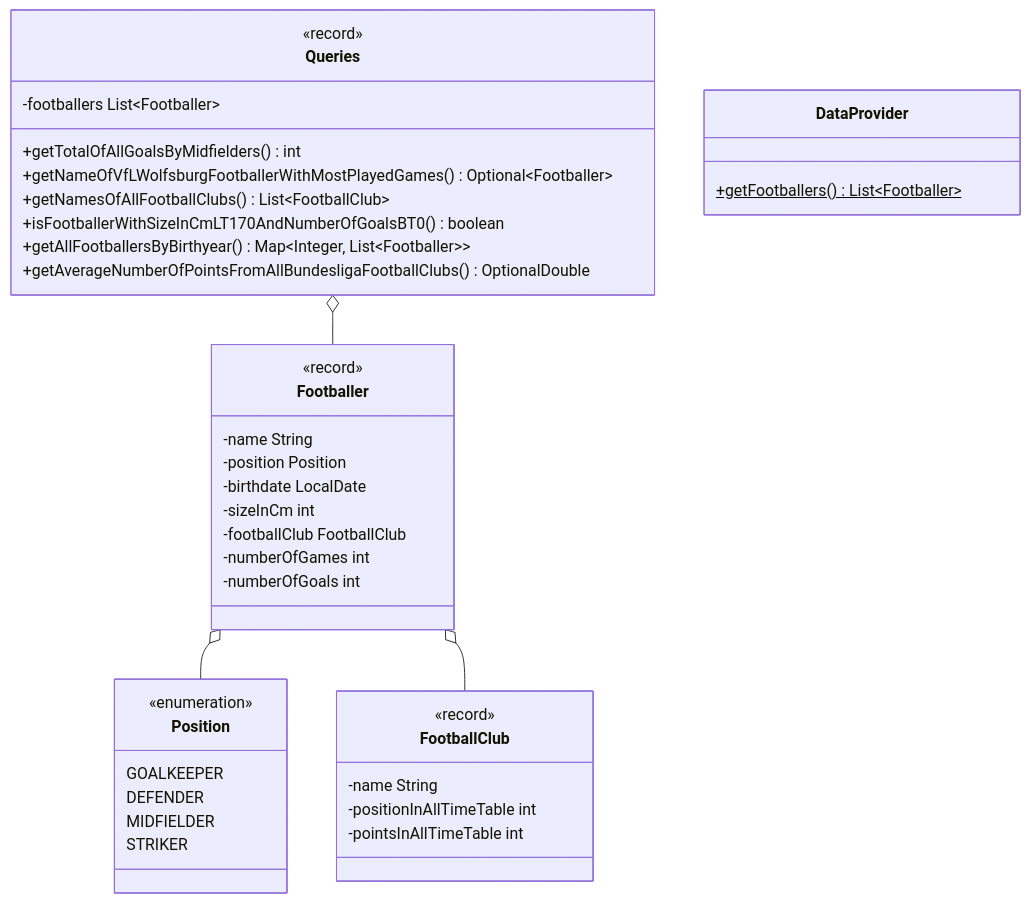
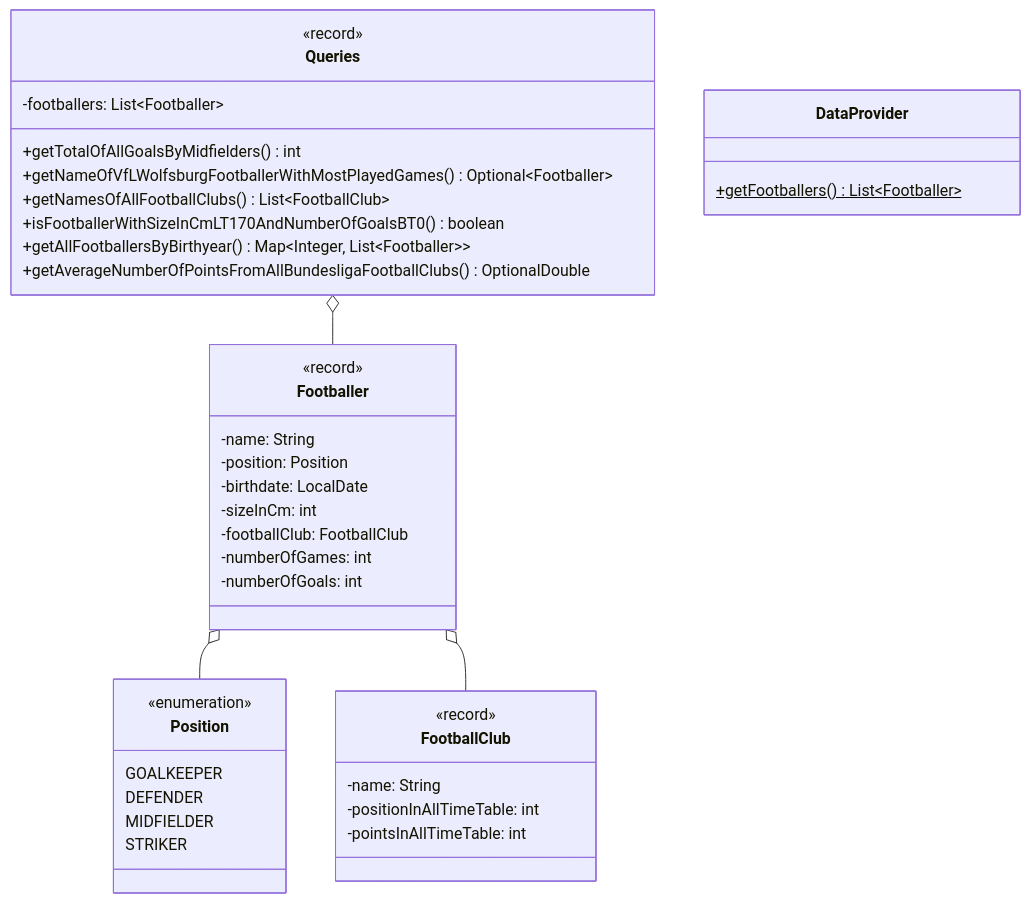
Before and after one commit to jappuccini/java-docs: the diagram in docs/exercises/java-stream-api/java-stream-api02.mdx, drawn with Mermaid. The commit also changed other lines of this file and 76 other files, not shown here.

Commit message:
uml fixes (colons, properties), headline fixes (italic) and exam result updates

````diff
--- a/docs/exercises/java-stream-api/java-stream-api02.mdx
+++ b/docs/exercises/java-stream-api/java-stream-api02.mdx
@@ -15,47 +15,47 @@
 ```mermaid
 classDiagram
     Footballer o-- Position
     Footballer o-- FootballClub
     Queries o-- Footballer
 
     class Position {
         <<enumeration>>
         GOALKEEPER
         DEFENDER
         MIDFIELDER
         STRIKER
     }
 
     class Footballer {
         <<record>>
-        -name String
-        -position Position
-        -birthdate LocalDate
-        -sizeInCm int
-        -footballClub FootballClub
-        -numberOfGames int
-        -numberOfGoals int
+        -name: String
+        -position: Position
+        -birthdate: LocalDate
+        -sizeInCm: int
+        -footballClub: FootballClub
+        -numberOfGames: int
+        -numberOfGoals: int
     }
 
     class FootballClub {
         <<record>>
-        -name String
-        -positionInAllTimeTable int
-        -pointsInAllTimeTable int
+        -name: String
+        -positionInAllTimeTable: int
+        -pointsInAllTimeTable: int
     }
 
     class DataProvider {
         +getFootballers()$ List~Footballer~
     }
 
     class Queries {
         <<record>>
-        -footballers List~Footballer~
+        -footballers: List~Footballer~
         +getTotalOfAllGoalsByMidfielders() int
         +getNameOfVfLWolfsburgFootballerWithMostPlayedGames() Optional~Footballer~
         +getNamesOfAllFootballClubs() List~FootballClub~
         +isFootballerWithSizeInCmLT170AndNumberOfGoalsBT0() boolean
         +getAllFootballersByBirthyear() Map~Integer&sbquo; List~Footballer~~
         +getAverageNumberOfPointsFromAllBundesligaFootballClubs() OptionalDouble
     }
 ```
````
